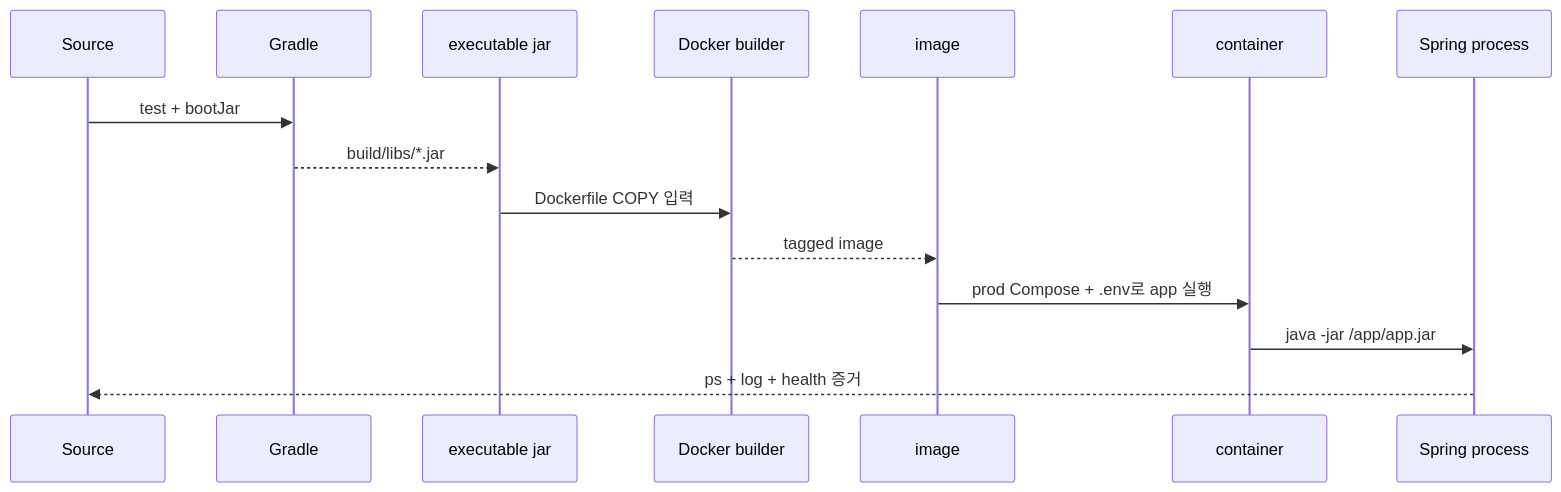
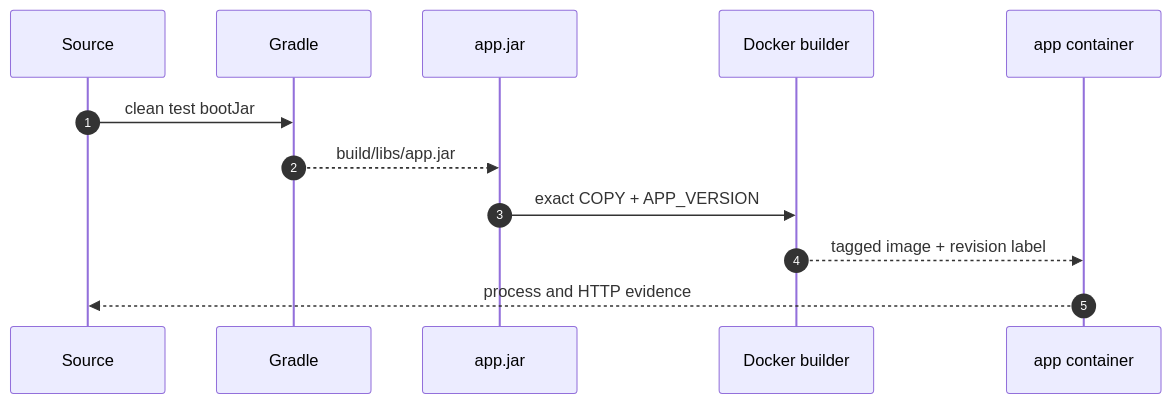
Before and after one commit to stdiodh/spring-boot-cicd-deployment-lab: the first of 2 diagrams in docs/theory.md, drawn with Mermaid. The commit also changed other lines of this file and 14 other files, not shown here.

````diff
--- a/docs/theory.md
+++ b/docs/theory.md
@@ -21,17 +10,15 @@
 ```mermaid
 sequenceDiagram
-    participant S as Source
-    participant G as Gradle
-    participant J as executable jar
-    participant D as Docker builder
-    participant I as image
-    participant C as container
-    participant P as Spring process
-    S->>G: test + bootJar
-    G-->>J: build/libs/*.jar
-    J->>D: Dockerfile COPY 입력
-    D-->>I: tagged image
-    I->>C: prod Compose + .env로 app 실행
-    C->>P: java -jar /app/app.jar
-    P-->>S: ps + log + health 증거
+    autonumber
+    participant Source as Source
+    participant Gradle as Gradle
+    participant Jar as app.jar
+    participant Docker as Docker builder
+    participant Runtime as app container
+
+    Source->>Gradle: clean test bootJar
+    Gradle-->>Jar: build/libs/app.jar
+    Jar->>Docker: exact COPY + APP_VERSION
+    Docker-->>Runtime: tagged image + revision label
+    Runtime-->>Source: process and HTTP evidence
 ```
````
